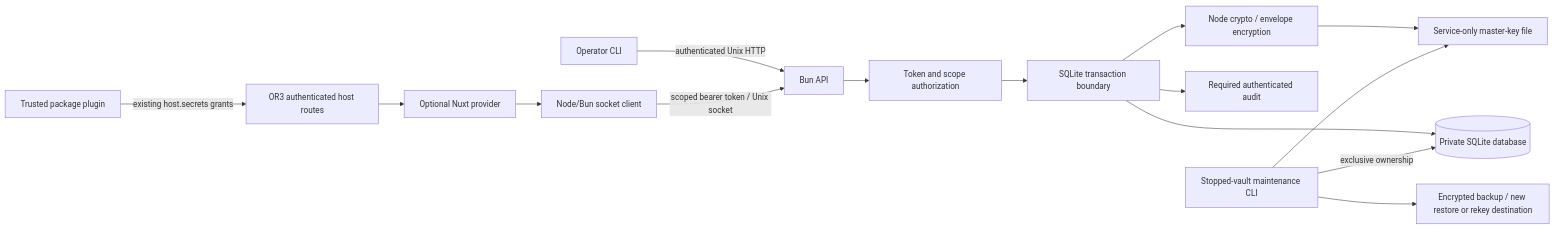
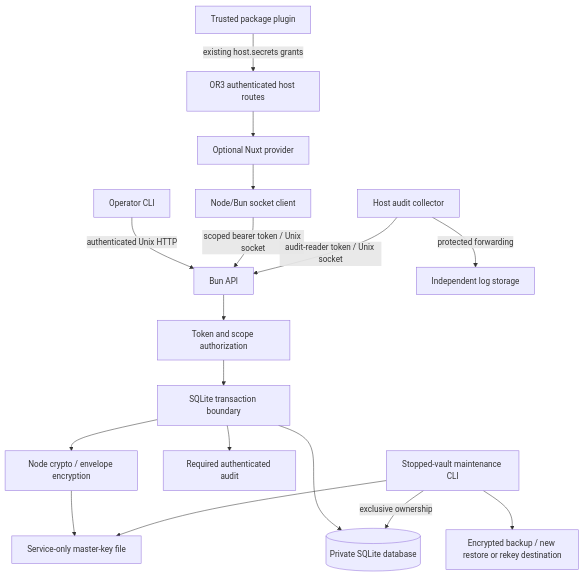
One commit to Saluana/or3-secrets changed the diagram in planning/secure-secret-store/design.md. Above: the diagram before and after it, drawn with Mermaid. The commit also changed other lines of this file and 5 other files, not shown here.

````diff
--- a/planning/secure-secret-store/design.md
+++ b/planning/secure-secret-store/design.md
@@ -13,17 +19,19 @@
 ```mermaid
-flowchart LR
+flowchart TD
     Operator[Operator CLI] -->|authenticated Unix HTTP| API[Bun API]
     Plugin[Trusted package plugin] -->|existing host.secrets grants| Host[OR3 authenticated host routes]
     Host --> Provider[Optional Nuxt provider]
     Provider --> SDK[Node/Bun socket client]
     SDK -->|scoped bearer token / Unix socket| API
     API --> Auth[Token and scope authorization]
     Auth --> Store[SQLite transaction boundary]
     Store --> Crypto[Node crypto / envelope encryption]
     Store --> Audit[Required authenticated audit]
+    Collector[Host audit collector] -->|audit-reader token / Unix socket| API
+    Collector -->|protected forwarding| Evidence[Independent log storage]
     Crypto --> Key[Service-only master-key file]
     Store --> DB[(Private SQLite database)]
     Offline[Stopped-vault maintenance CLI] -->|exclusive ownership| DB
     Offline --> Key
     Offline --> Backup[Encrypted backup / new restore or rekey destination]
 ```
````
